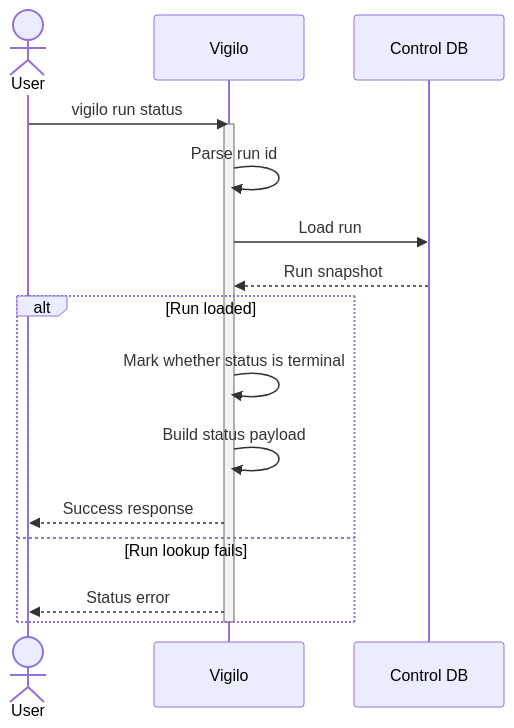
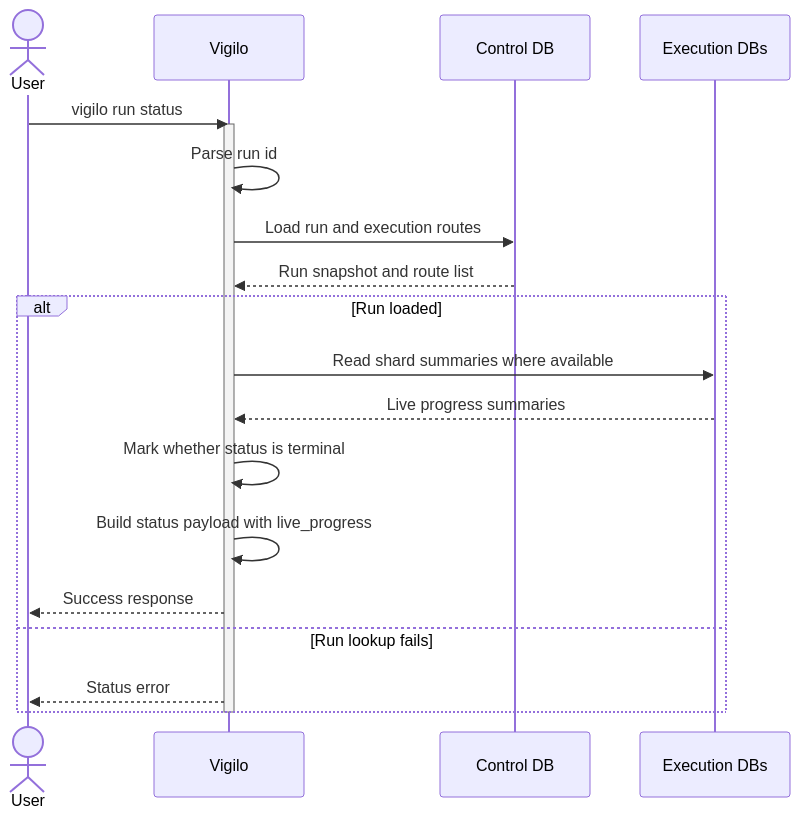
One commit to gregl83/agent-vigilo changed the diagram in web/docs/architecture/flows/run/status/execution-flow.mmd. Above: the diagram before and after it, drawn with Mermaid. The commit also changed 17 other files, not shown here.

Commit message:
fix run cancellation for shard routing

```diff
--- a/web/docs/architecture/flows/run/status/execution-flow.mmd
+++ b/web/docs/architecture/flows/run/status/execution-flow.mmd
@@ -1,27 +1,30 @@
 ---
 config:
   flowchart:
     nodeSpacing: 150
     rankSpacing: 80
   themeVariables:
     edgeLabelBackground: 'transparent'
 ---
 sequenceDiagram
     actor User
     participant Vigilo
     participant ControlDB as Control DB
+    participant ExecDB as Execution DBs
 
     User->>Vigilo: vigilo run status
     activate Vigilo
     Vigilo->>Vigilo: Parse run id
-    Vigilo->>ControlDB: Load run
-    ControlDB-->>Vigilo: Run snapshot
+    Vigilo->>ControlDB: Load run and execution routes
+    ControlDB-->>Vigilo: Run snapshot and route list
 
     alt Run loaded
+        Vigilo->>ExecDB: Read shard summaries where available
+        ExecDB-->>Vigilo: Live progress summaries
         Vigilo->>Vigilo: Mark whether status is terminal
-        Vigilo->>Vigilo: Build status payload
+        Vigilo->>Vigilo: Build status payload with live_progress
         Vigilo-->>User: Success response
     else Run lookup fails
         Vigilo-->>User: Status error
     end
     deactivate Vigilo
```
